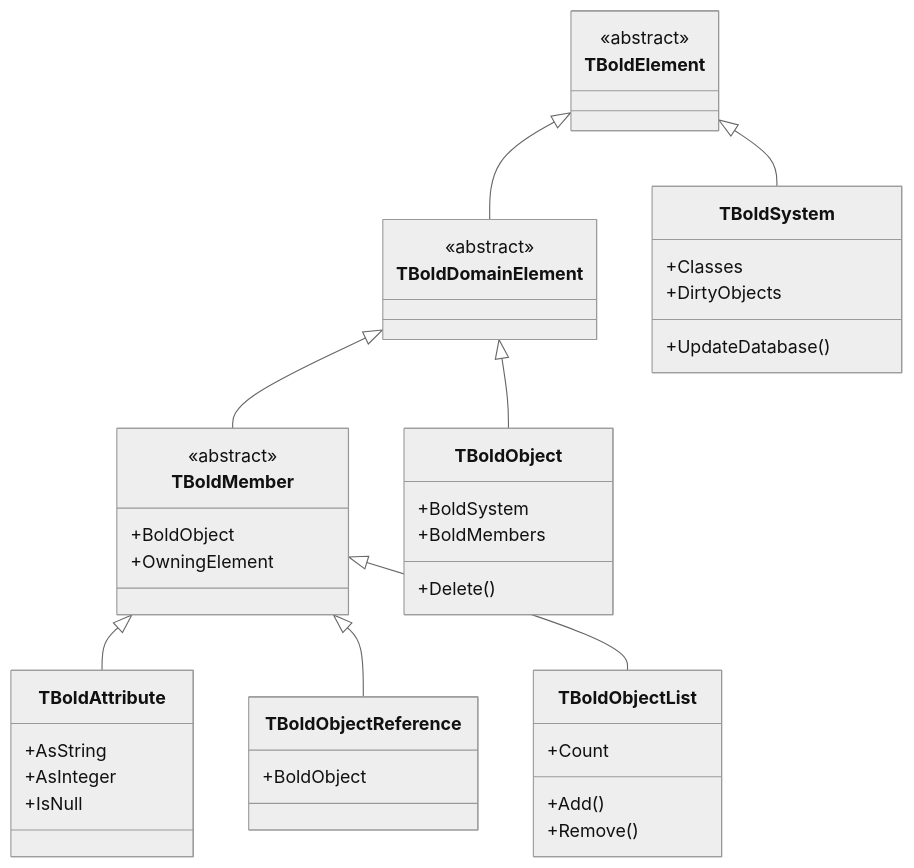
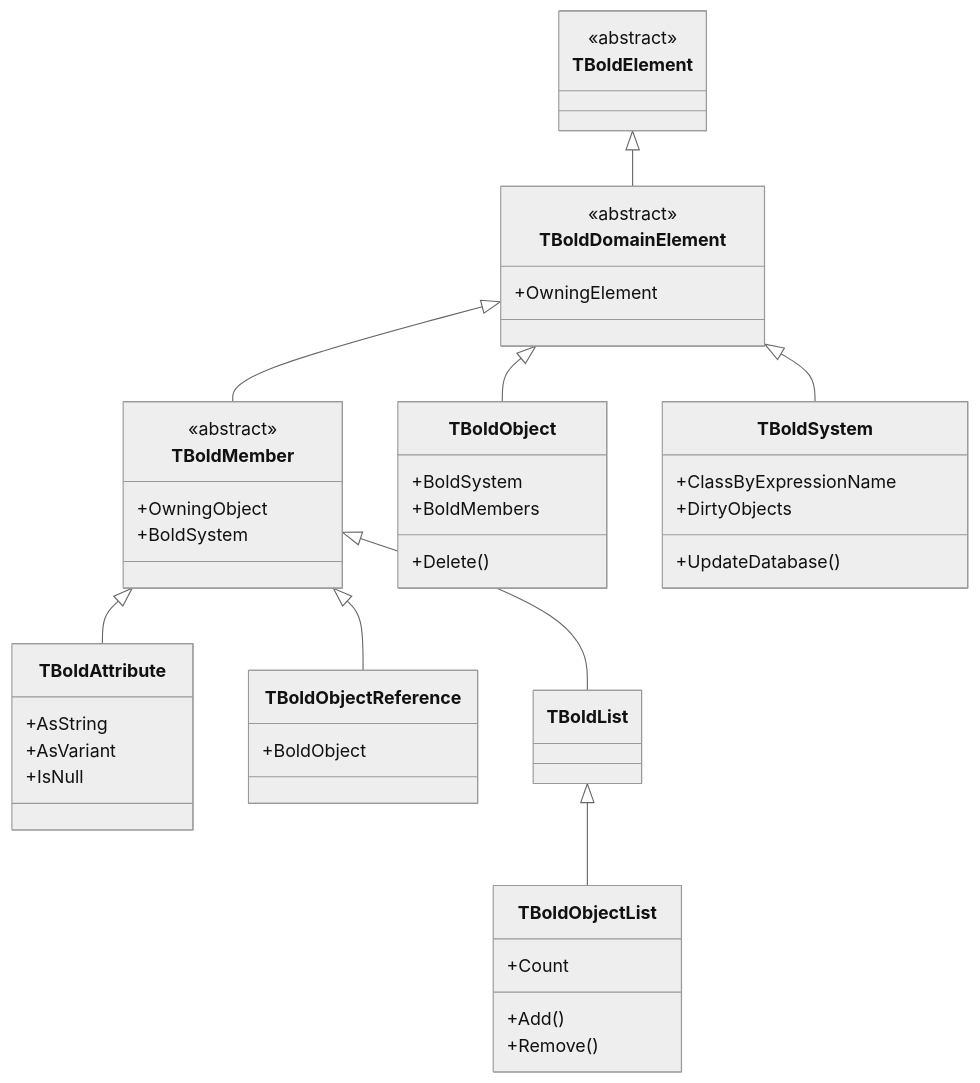
One commit to bero/BoldForDelphi changed the first of 2 diagrams in docs/classes/index.md. Above: the diagram before and after it, drawn with Mermaid (neutral theme). The commit also changed other lines of this file and 43 other files, not shown here.

````diff
--- a/docs/classes/index.md
+++ b/docs/classes/index.md
@@ -7,60 +9,64 @@
 ```mermaid
 classDiagram
     class TBoldElement {
         <<abstract>>
     }
 
     class TBoldDomainElement {
         <<abstract>>
+        +OwningElement
     }
 
     class TBoldMember {
         <<abstract>>
-        +BoldObject
-        +OwningElement
+        +OwningObject
+        +BoldSystem
     }
 
     class TBoldAttribute {
         +AsString
-        +AsInteger
+        +AsVariant
         +IsNull
     }
 
     class TBoldObjectReference {
         +BoldObject
     }
+
+    class TBoldList
 
     class TBoldObjectList {
         +Count
         +Add()
         +Remove()
     }
 
     class TBoldObject {
         +BoldSystem
         +BoldMembers
         +Delete()
     }
 
     class TBoldSystem {
-        +Classes
+        +ClassByExpressionName
         +DirtyObjects
         +UpdateDatabase()
     }
 
     TBoldElement <|-- TBoldDomainElement
+    TBoldDomainElement <|-- TBoldSystem
+    TBoldDomainElement <|-- TBoldObject
     TBoldDomainElement <|-- TBoldMember
-    TBoldDomainElement <|-- TBoldObject
     TBoldMember <|-- TBoldAttribute
     TBoldMember <|-- TBoldObjectReference
-    TBoldMember <|-- TBoldObjectList
-    TBoldElement <|-- TBoldSystem
+    TBoldMember <|-- TBoldList
+    TBoldList <|-- TBoldObjectList
 
     click TBoldElement href "TBoldElement/" "TBoldElement documentation"
     click TBoldSystem href "TBoldSystem/" "TBoldSystem documentation"
     click TBoldObject href "TBoldObject/" "TBoldObject documentation"
     click TBoldObjectList href "TBoldObjectList/" "TBoldObjectList documentation"
     click TBoldMember href "TBoldMember/" "TBoldMember documentation"
     click TBoldAttribute href "TBoldAttribute/" "TBoldAttribute documentation"
     click TBoldObjectReference href "TBoldObjectReference/" "TBoldObjectReference documentation"
 ```
````
